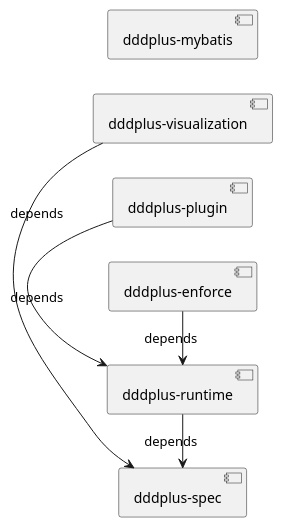
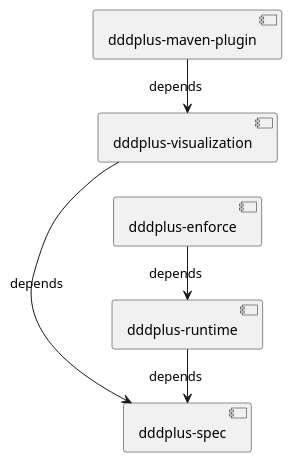
One commit to funkygao/cp-ddd-framework changed the diagram in doc/dependencies.puml. Above: the diagram before and after it, drawn with PlantUML.

Commit message:
update the modules dependencies

```diff
--- a/doc/dependencies.puml
+++ b/doc/dependencies.puml
@@ -1,15 +1,14 @@
 @startuml
 left to right direction
 
 component [dddplus-spec] as spec
 component [dddplus-runtime] as runtime
-component [dddplus-plugin] as plugin
 component [dddplus-visualization] as visualization
 component [dddplus-enforce] as enforce
-component [dddplus-mybatis] as mybatis
+component [dddplus-maven-plugin] as mavenplugin
 
 runtime -> spec: depends
-plugin -> runtime: depends
 enforce -> runtime: depends
 visualization -> spec: depends
+mavenplugin -> visualization: depends
 @enduml
```
